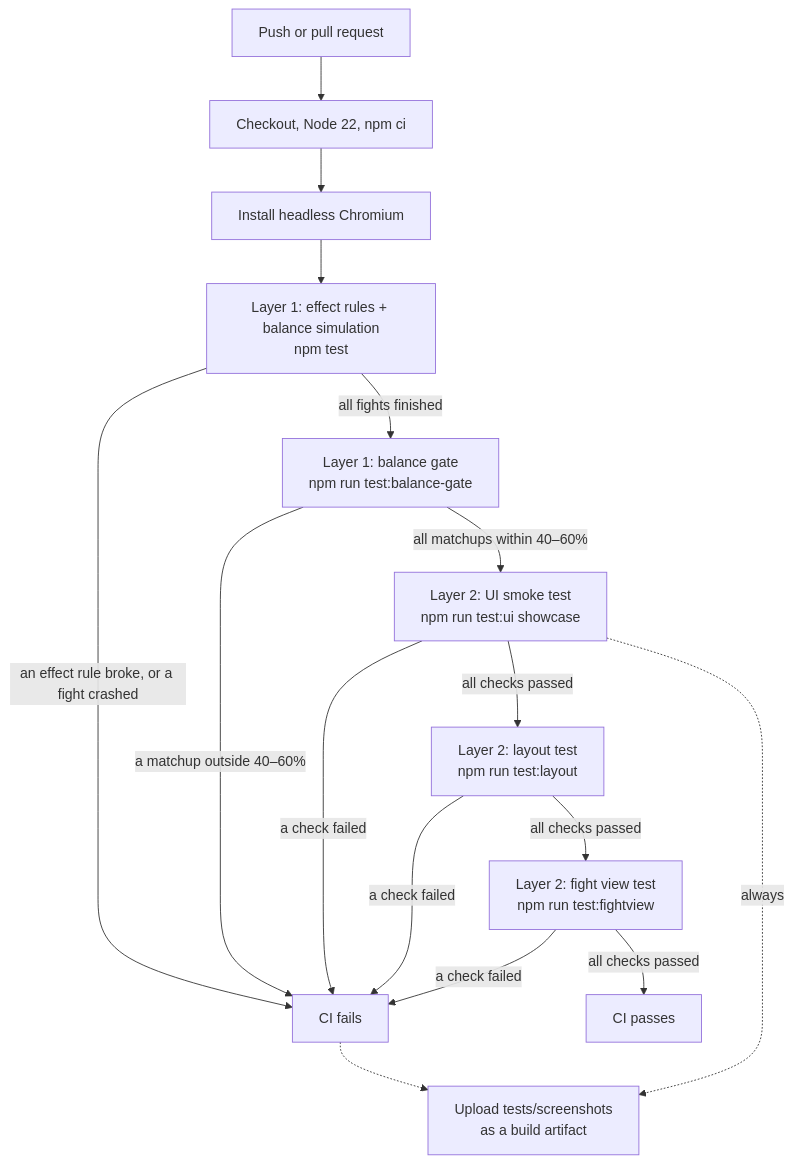
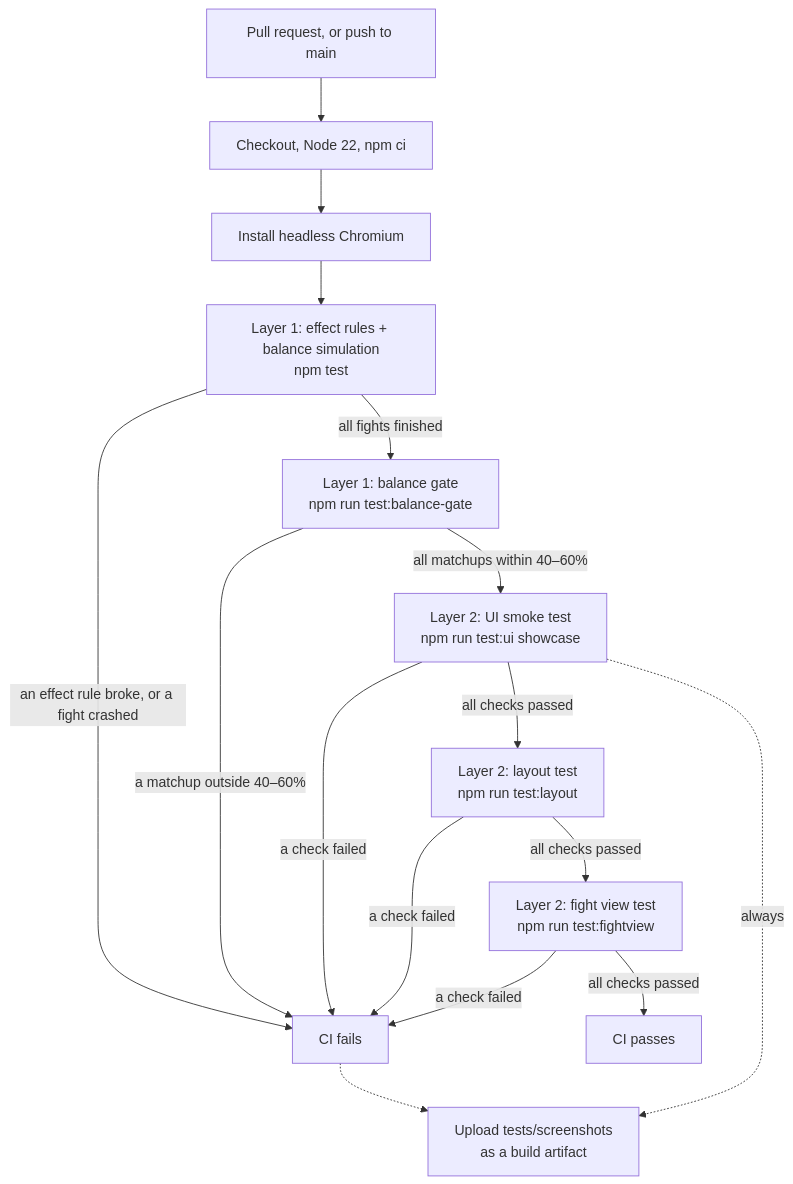
One commit to Heaxyle/drake-arena changed the diagram in TESTING.md. Above: the diagram before and after it, drawn with Mermaid. The commit also changed other lines of this file and 17 other files, not shown here.

````diff
--- a/TESTING.md
+++ b/TESTING.md
@@ -12,18 +12,18 @@
 ```mermaid
 flowchart TD
-    A[Push or pull request] --> B[Checkout, Node 22, npm ci]
+    A[Pull request, or push to main] --> B[Checkout, Node 22, npm ci]
     B --> C[Install headless Chromium]
     C --> D["Layer 1: effect rules + balance simulation<br/>npm test"]
     D -->|an effect rule broke, or a fight crashed| X[CI fails]
     D -->|all fights finished| G["Layer 1: balance gate<br/>npm run test:balance-gate"]
     G -->|a matchup outside 40–60%| X
     G -->|all matchups within 40–60%| E["Layer 2: UI smoke test<br/>npm run test:ui showcase"]
     E -->|a check failed| X
     E -->|all checks passed| L["Layer 2: layout test<br/>npm run test:layout"]
     L -->|a check failed| X
     L -->|all checks passed| V["Layer 2: fight view test<br/>npm run test:fightview"]
     V -->|a check failed| X
     V -->|all checks passed| P[CI passes]
     E -.->|always| S[Upload tests/screenshots<br/>as a build artifact]
     X -.-> S
 ```
````
